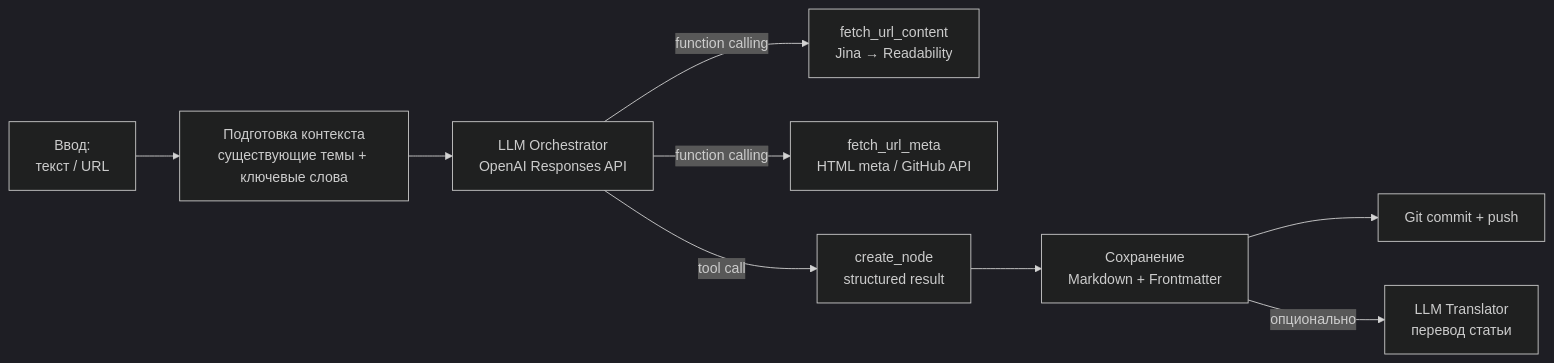
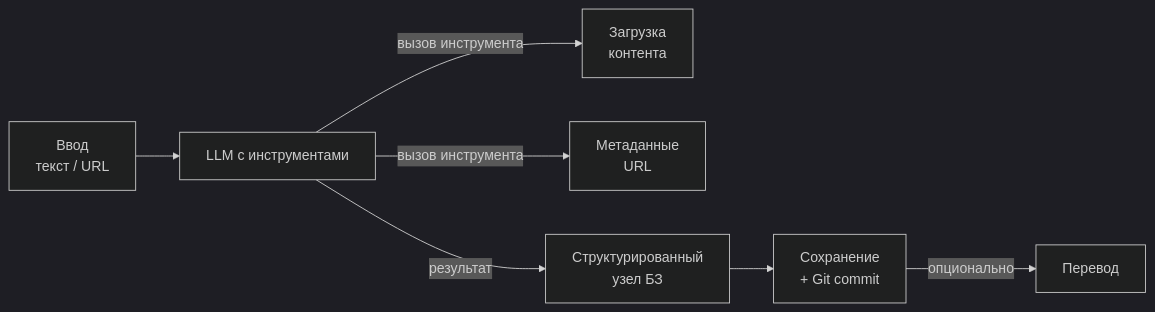
The third of 13 diagrams in docs/presentations/knowledge-db-overview.md (strider2038/knowledge-db), drawn with Mermaid (dark theme) before and after one commit. The commit also changed other lines of this file, not shown here.

Commit message:
docs: simplify diagrams to focus on conceptual decisions

````diff
--- a/docs/presentations/knowledge-db-overview.md
+++ b/docs/presentations/knowledge-db-overview.md
@@ -203,11 +104,9 @@
 ```mermaid
 flowchart LR
-    INPUT[Ввод:<br/>текст / URL] --> PREP[Подготовка контекста<br/>существующие темы + ключевые слова]
-    PREP --> ORCH[LLM Orchestrator<br/>OpenAI Responses API]
-    ORCH --> |function calling| FETCH[fetch_url_content<br/>Jina → Readability]
-    ORCH --> |function calling| META[fetch_url_meta<br/>HTML meta / GitHub API]
-    ORCH --> |tool call| CREATE[create_node<br/>structured result]
-    CREATE --> SAVE[Сохранение<br/>Markdown + Frontmatter]
-    SAVE --> GIT_C[Git commit + push]
-    SAVE --> |опционально| TRANSLATE[LLM Translator<br/>перевод статьи]
+    INPUT[Ввод<br/>текст / URL] --> LLM[LLM с инструментами]
+    LLM --> |вызов инструмента| FETCH[Загрузка<br/>контента]
+    LLM --> |вызов инструмента| META[Метаданные<br/>URL]
+    LLM --> |результат| NODE[Структурированный<br/>узел БЗ]
+    NODE --> SAVE[Сохранение<br/>+ Git commit]
+    SAVE --> |опционально| TR[Перевод]
 ```
````
